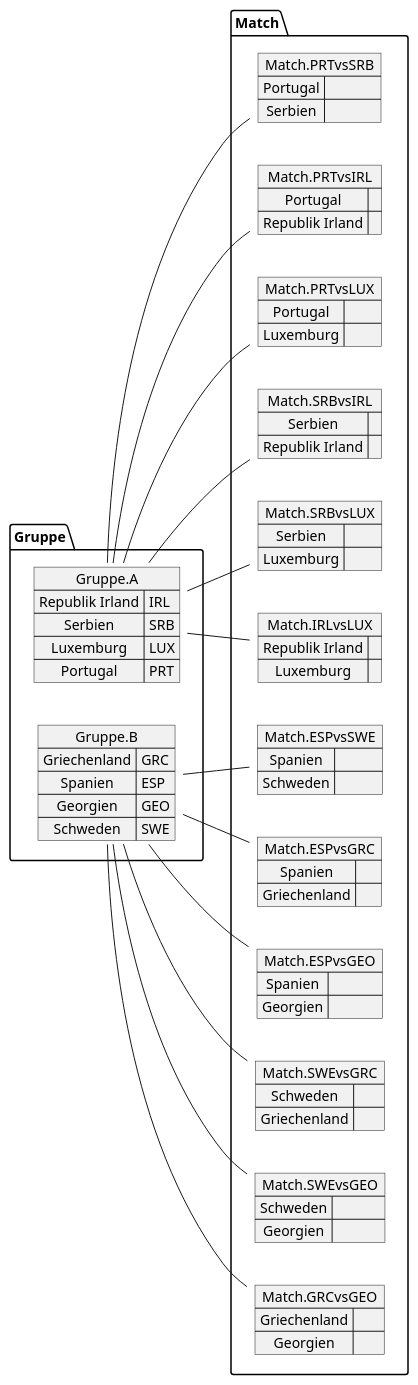
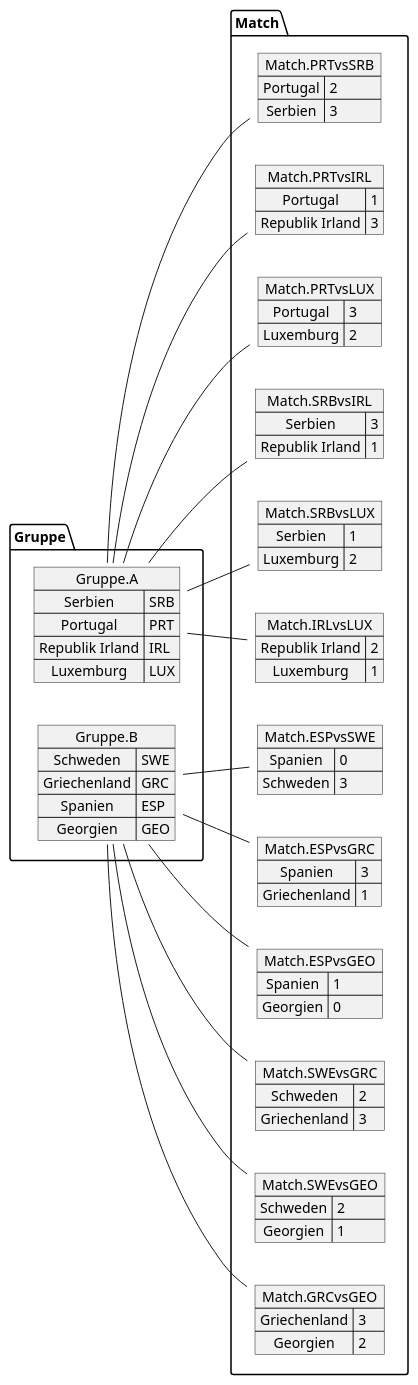
One commit to htl-leonding-project/2022-4ahif-autohaus changed the diagram in asciidocs/plantuml/ResultGP.puml. Above: the diagram before and after it, drawn with PlantUML. The commit also changed 2 other files, not shown here.

```diff
--- a/asciidocs/plantuml/ResultGP.puml
+++ b/asciidocs/plantuml/ResultGP.puml
@@ -1,88 +1,88 @@
 @startuml
 left to right direction
 
 map Gruppe.A {
+Serbien=>SRB
+Portugal=>PRT
 Republik Irland=>IRL
-Serbien=>SRB
 Luxemburg=>LUX
-Portugal=>PRT
 }
 
 map Gruppe.B {
+Schweden=>SWE
 Griechenland=>GRC
 Spanien=>ESP
 Georgien=>GEO
-Schweden=>SWE
 }
 map Match.PRTvsSRB {
-Portugal =>
-Serbien =>
+Portugal => 2
+Serbien => 3
 }
 
 map Match.PRTvsIRL {
-Portugal =>
-Republik Irland =>
+Portugal => 1
+Republik Irland => 3
 }
 
 map Match.PRTvsLUX {
-Portugal =>
-Luxemburg =>
+Portugal => 3
+Luxemburg => 2
 }
 
 map Match.SRBvsIRL {
-Serbien =>
-Republik Irland =>
+Serbien => 3
+Republik Irland => 1
 }
 
 map Match.SRBvsLUX {
-Serbien =>
-Luxemburg =>
+Serbien => 1
+Luxemburg => 2
 }
 
 map Match.IRLvsLUX {
-Republik Irland =>
-Luxemburg =>
+Republik Irland => 2
+Luxemburg => 1
 }
 map Match.ESPvsSWE {
-Spanien =>
-Schweden =>
+Spanien => 0
+Schweden => 3
 }
 
 map Match.ESPvsGRC {
-Spanien =>
-Griechenland =>
+Spanien => 3
+Griechenland => 1
 }
 
 map Match.ESPvsGEO {
-Spanien =>
-Georgien =>
+Spanien => 1
+Georgien => 0
 }
 
 map Match.SWEvsGRC {
-Schweden =>
-Griechenland =>
+Schweden => 2
+Griechenland => 3
 }
 
 map Match.SWEvsGEO {
-Schweden =>
-Georgien =>
+Schweden => 2
+Georgien => 1
 }
 
 map Match.GRCvsGEO {
-Griechenland =>
-Georgien =>
+Griechenland => 3
+Georgien => 2
 }
 Gruppe.A -- Match.PRTvsSRB
 Gruppe.A -- Match.PRTvsIRL
 Gruppe.A -- Match.PRTvsLUX
 Gruppe.A -- Match.SRBvsIRL
 Gruppe.A -- Match.SRBvsLUX
 Gruppe.A -- Match.IRLvsLUX
 Gruppe.B -- Match.ESPvsSWE
 Gruppe.B -- Match.ESPvsGRC
 Gruppe.B -- Match.ESPvsGEO
 Gruppe.B -- Match.SWEvsGRC
 Gruppe.B -- Match.SWEvsGEO
 Gruppe.B -- Match.GRCvsGEO
 
 @enduml
```
